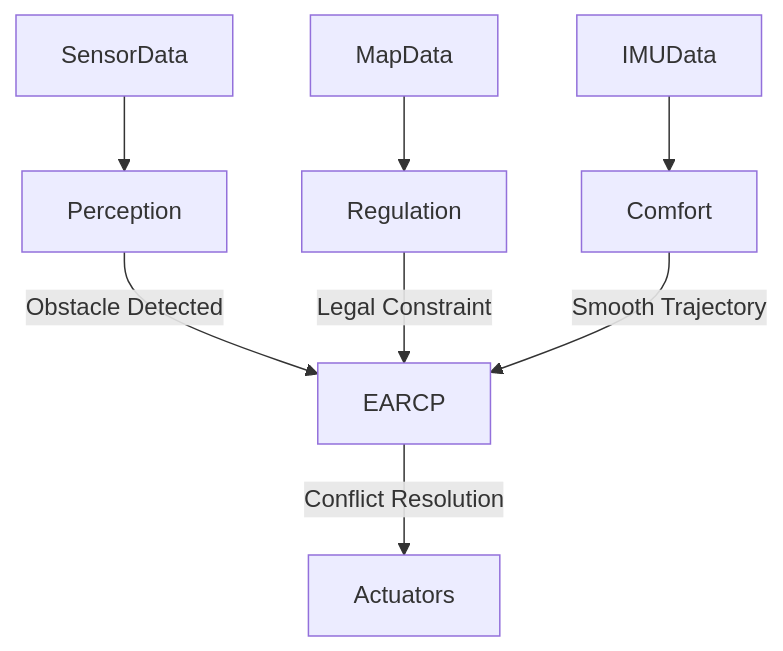
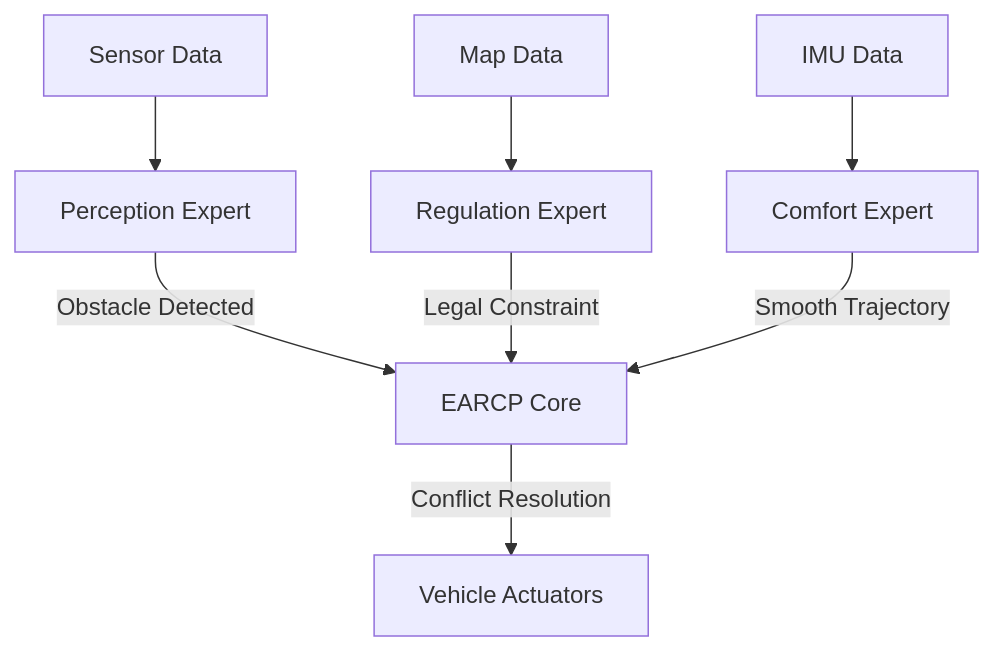
The first of 2 diagrams in documentation.md (Volgat/earcp), drawn with Mermaid before and after one commit. The commit also changed other lines of this file and 6 other files, not shown here.

````diff
--- a/documentation.md
+++ b/documentation.md
@@ -84,12 +84,12 @@
 ```mermaid
 graph TD
-    SensorData --> Perception
-    MapData --> Regulation
-    IMUData --> Comfort
+    SensorData["Sensor Data"] --> Perception["Perception Expert"]
+    MapData["Map Data"] --> Regulation["Regulation Expert"]
+    IMUData["IMU Data"] --> Comfort["Comfort Expert"]
     
-    Perception -- "Obstacle Detected" --> EARCP
+    Perception -- "Obstacle Detected" --> EARCP["EARCP Core"]
     Regulation -- "Legal Constraint" --> EARCP
     Comfort -- "Smooth Trajectory" --> EARCP
     
-    EARCP -- "Conflict Resolution" --> Actuators
+    EARCP -- "Conflict Resolution" --> Actuators["Vehicle Actuators"]
 ```
````
